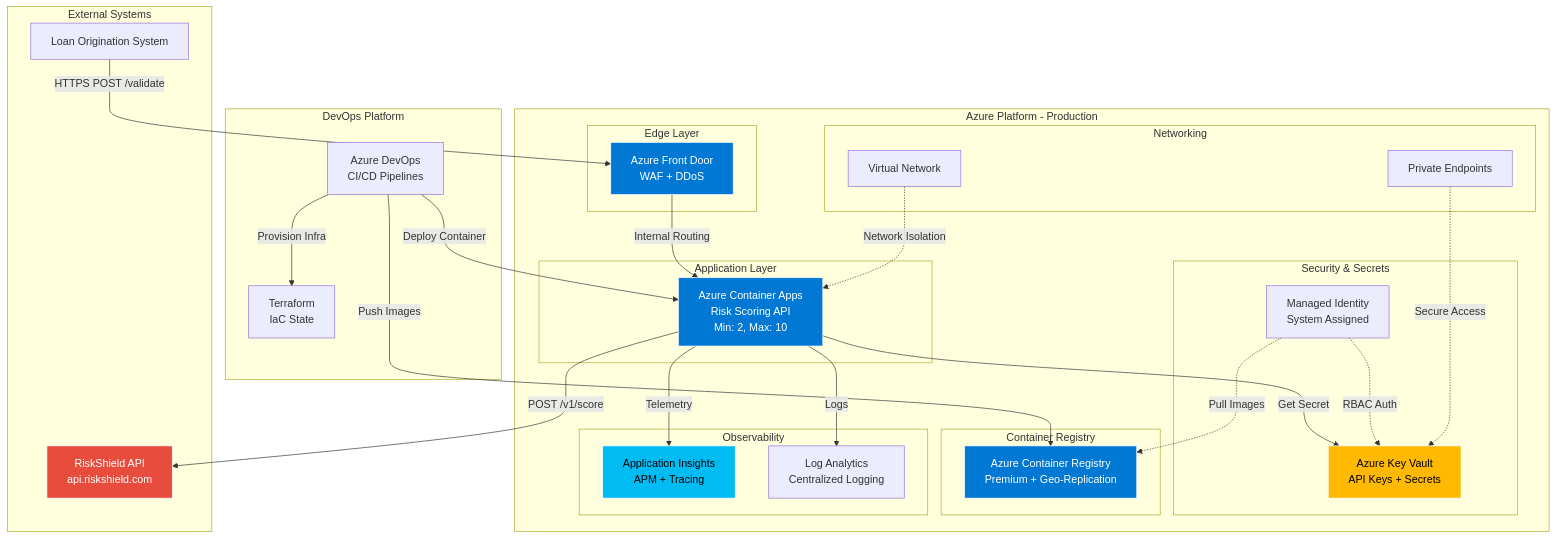
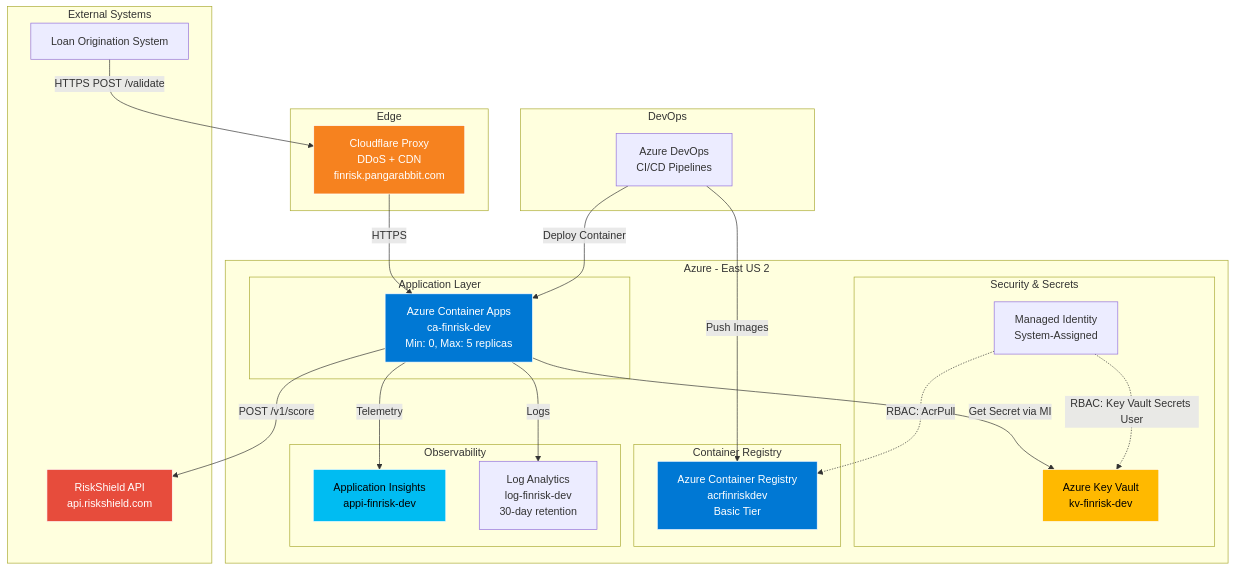
The first of 7 diagrams in documentation/architecture/architecture-diagram.md (sachajw/career-pollinate-assessment), drawn with Mermaid before and after one commit. The commit also changed other lines of this file and 10 other files, not shown here.

Commit message:
📦 REFACTOR: remove architecture summary

````diff
--- a/documentation/architecture/architecture-diagram.md
+++ b/documentation/architecture/architecture-diagram.md
@@ -5,62 +12,53 @@
 ```mermaid
 graph TB
     subgraph "External Systems"
         LOS[Loan Origination System]
         RISK[RiskShield API<br/>api.riskshield.com]
     end
 
-    subgraph "Azure Platform - Production"
-        subgraph "Edge Layer"
-            AFD[Azure Front Door<br/>WAF + DDoS]
-        end
+    subgraph "Edge"
+        CF[Cloudflare Proxy<br/>DDoS + CDN<br/>finrisk.pangarabbit.com]
+    end
 
+    subgraph "Azure - East US 2"
         subgraph "Application Layer"
-            ACA[Azure Container Apps<br/>Risk Scoring API<br/>Min: 2, Max: 10]
+            ACA[Azure Container Apps<br/>ca-finrisk-dev<br/>Min: 0, Max: 5 replicas]
         end
 
         subgraph "Security & Secrets"
-            KV[Azure Key Vault<br/>API Keys + Secrets]
-            MI[Managed Identity<br/>System Assigned]
+            KV[Azure Key Vault<br/>kv-finrisk-dev]
+            MI[Managed Identity<br/>System-Assigned]
         end
 
         subgraph "Container Registry"
-            ACR[Azure Container Registry<br/>Premium + Geo-Replication]
+            ACR[Azure Container Registry<br/>acrfinriskdev<br/>Basic Tier]
         end
 
         subgraph "Observability"
-            AI[Application Insights<br/>APM + Tracing]
-            LA[Log Analytics<br/>Centralized Logging]
-        end
-
-        subgraph "Networking"
-            PE[Private Endpoints]
-            VNET[Virtual Network]
+            AI[Application Insights<br/>appi-finrisk-dev]
+            LA[Log Analytics<br/>log-finrisk-dev<br/>30-day retention]
         end
     end
 
-    subgraph "DevOps Platform"
+    subgraph "DevOps"
         ADO[Azure DevOps<br/>CI/CD Pipelines]
-        TF[Terraform<br/>IaC State]
     end
 
-    LOS -->|HTTPS POST /validate| AFD
-    AFD -->|Internal Routing| ACA
-    ACA -->|Get Secret| KV
+    LOS -->|HTTPS POST /validate| CF
+    CF -->|HTTPS| ACA
+    ACA -->|Get Secret via MI| KV
     ACA -->|POST /v1/score| RISK
     ACA -->|Telemetry| AI
     ACA -->|Logs| LA
-    MI -.->|RBAC Auth| KV
-    MI -.->|Pull Images| ACR
+    MI -.->|RBAC: Key Vault Secrets User| KV
+    MI -.->|RBAC: AcrPull| ACR
     ADO -->|Deploy Container| ACA
     ADO -->|Push Images| ACR
-    ADO -->|Provision Infra| TF
-    PE -.->|Secure Access| KV
-    VNET -.->|Network Isolation| ACA
 
-    style AFD fill:#0078d4,stroke:#fff,color:#fff
     style ACA fill:#0078d4,stroke:#fff,color:#fff
     style KV fill:#ffb900,stroke:#fff,color:#000
     style ACR fill:#0078d4,stroke:#fff,color:#fff
     style AI fill:#00bcf2,stroke:#fff,color:#000
+    style CF fill:#f6821f,stroke:#fff,color:#fff
     style RISK fill:#e74c3c,stroke:#fff,color:#fff
 ```
````
